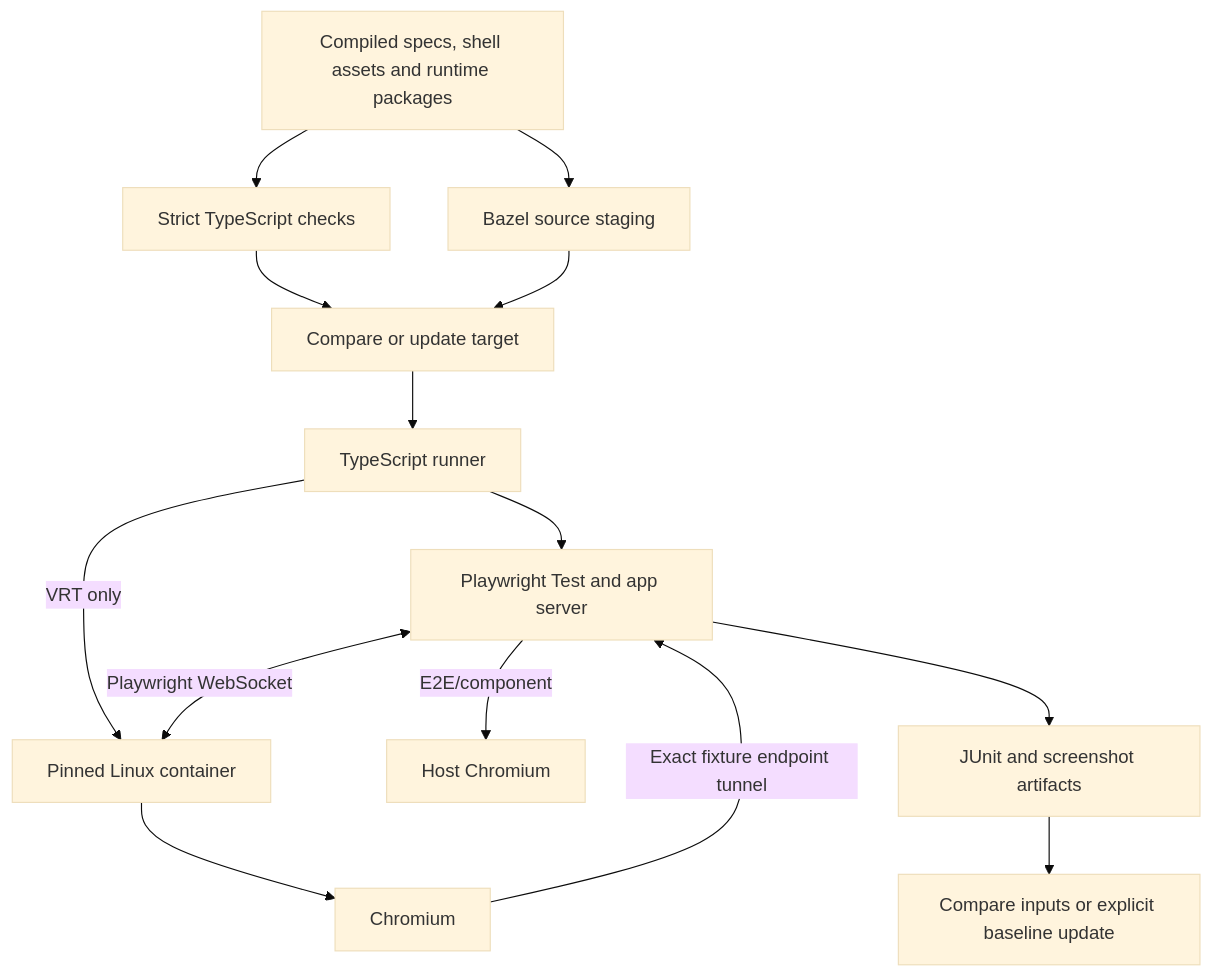
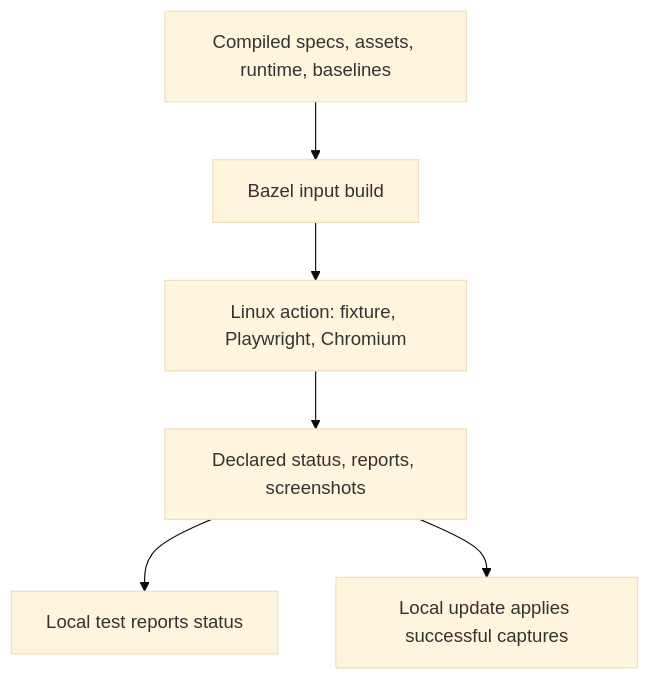
One commit to perplexityai/rules_web_e2e changed the diagram in docs/architecture.md. Above: the diagram before and after it, drawn with Mermaid (base theme). The commit also changed other lines of this file and 56 other files, not shown here.

````diff
--- a/docs/architecture.md
+++ b/docs/architecture.md
@@ -24,16 +24,8 @@
 ```mermaid
 flowchart TD
-  Inputs[Compiled specs, shell assets and runtime packages] --> Bazel[Bazel source staging]
-  Inputs --> Types[Strict TypeScript checks]
-  Types --> Test[Compare or update target]
-  Bazel --> Test
-  Test --> Runner[TypeScript runner]
-  Runner --> Host[Playwright Test and app server]
-  Runner -->|VRT only| Container[Pinned Linux container]
-  Host -->|E2E/component| LocalBrowser[Host Chromium]
-  Host <-->|Playwright WebSocket| Container
-  Container --> Browser[Chromium]
-  Browser -->|Exact fixture endpoint tunnel| Host
-  Host --> Results[JUnit and screenshot artifacts]
-  Results --> Baselines[Compare inputs or explicit baseline update]
+  Inputs[Compiled specs, assets, runtime, baselines] --> Build[Bazel input build]
+  Build --> Action[Linux action: fixture, Playwright, Chromium]
+  Action --> Results[Declared status, reports, screenshots]
+  Results --> Compare[Local test reports status]
+  Results --> Update[Local update applies successful captures]
 ```
````
